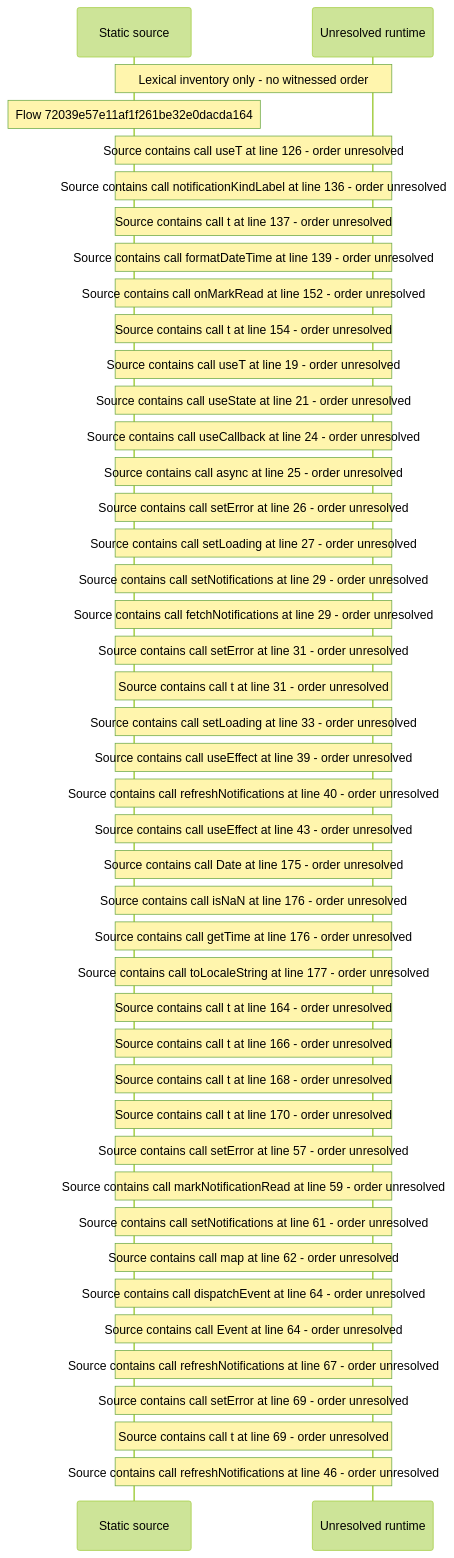
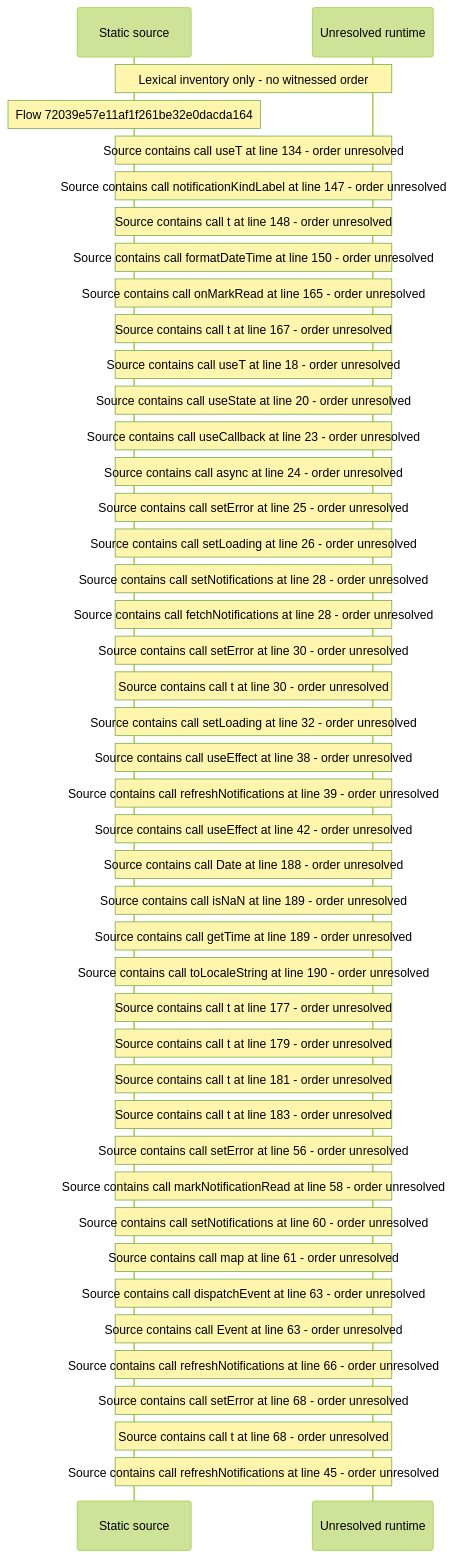
Before and after one commit to beamfall/core: the diagram in docs/web/flows/generated/72039e57e11af1f261be32e0dacda164/flow-diagram.md, drawn with Mermaid (forest theme). The commit also changed other lines of this file and 715 other files, not shown here.

First line of the commit message:
Regenerate the web flow record on main after CORE-1117

````diff
--- a/docs/web/flows/generated/72039e57e11af1f261be32e0dacda164/flow-diagram.md
+++ b/docs/web/flows/generated/72039e57e11af1f261be32e0dacda164/flow-diagram.md
@@ -10,45 +10,45 @@
 ```mermaid
 sequenceDiagram
     participant S as Static source
     participant U as Unresolved runtime
     Note over S,U: Lexical inventory only - no witnessed order
     Note over S: Flow 72039e57e11af1f261be32e0dacda164
-    Note over S,U: Source contains call useT at line 126 - order unresolved
-    Note over S,U: Source contains call notificationKindLabel at line 136 - order unresolved
-    Note over S,U: Source contains call t at line 137 - order unresolved
-    Note over S,U: Source contains call formatDateTime at line 139 - order unresolved
-    Note over S,U: Source contains call onMarkRead at line 152 - order unresolved
-    Note over S,U: Source contains call t at line 154 - order unresolved
-    Note over S,U: Source contains call useT at line 19 - order unresolved
-    Note over S,U: Source contains call useState at line 21 - order unresolved
-    Note over S,U: Source contains call useCallback at line 24 - order unresolved
-    Note over S,U: Source contains call async at line 25 - order unresolved
-    Note over S,U: Source contains call setError at line 26 - order unresolved
-    Note over S,U: Source contains call setLoading at line 27 - order unresolved
-    Note over S,U: Source contains call setNotifications at line 29 - order unresolved
-    Note over S,U: Source contains call fetchNotifications at line 29 - order unresolved
-    Note over S,U: Source contains call setError at line 31 - order unresolved
-    Note over S,U: Source contains call t at line 31 - order unresolved
-    Note over S,U: Source contains call setLoading at line 33 - order unresolved
-    Note over S,U: Source contains call useEffect at line 39 - order unresolved
-    Note over S,U: Source contains call refreshNotifications at line 40 - order unresolved
-    Note over S,U: Source contains call useEffect at line 43 - order unresolved
-    Note over S,U: Source contains call Date at line 175 - order unresolved
-    Note over S,U: Source contains call isNaN at line 176 - order unresolved
-    Note over S,U: Source contains call getTime at line 176 - order unresolved
-    Note over S,U: Source contains call toLocaleString at line 177 - order unresolved
-    Note over S,U: Source contains call t at line 164 - order unresolved
-    Note over S,U: Source contains call t at line 166 - order unresolved
-    Note over S,U: Source contains call t at line 168 - order unresolved
-    Note over S,U: Source contains call t at line 170 - order unresolved
-    Note over S,U: Source contains call setError at line 57 - order unresolved
-    Note over S,U: Source contains call markNotificationRead at line 59 - order unresolved
-    Note over S,U: Source contains call setNotifications at line 61 - order unresolved
-    Note over S,U: Source contains call map at line 62 - order unresolved
-    Note over S,U: Source contains call dispatchEvent at line 64 - order unresolved
-    Note over S,U: Source contains call Event at line 64 - order unresolved
-    Note over S,U: Source contains call refreshNotifications at line 67 - order unresolved
-    Note over S,U: Source contains call setError at line 69 - order unresolved
-    Note over S,U: Source contains call t at line 69 - order unresolved
-    Note over S,U: Source contains call refreshNotifications at line 46 - order unresolved
+    Note over S,U: Source contains call useT at line 134 - order unresolved
+    Note over S,U: Source contains call notificationKindLabel at line 147 - order unresolved
+    Note over S,U: Source contains call t at line 148 - order unresolved
+    Note over S,U: Source contains call formatDateTime at line 150 - order unresolved
+    Note over S,U: Source contains call onMarkRead at line 165 - order unresolved
+    Note over S,U: Source contains call t at line 167 - order unresolved
+    Note over S,U: Source contains call useT at line 18 - order unresolved
+    Note over S,U: Source contains call useState at line 20 - order unresolved
+    Note over S,U: Source contains call useCallback at line 23 - order unresolved
+    Note over S,U: Source contains call async at line 24 - order unresolved
+    Note over S,U: Source contains call setError at line 25 - order unresolved
+    Note over S,U: Source contains call setLoading at line 26 - order unresolved
+    Note over S,U: Source contains call setNotifications at line 28 - order unresolved
+    Note over S,U: Source contains call fetchNotifications at line 28 - order unresolved
+    Note over S,U: Source contains call setError at line 30 - order unresolved
+    Note over S,U: Source contains call t at line 30 - order unresolved
+    Note over S,U: Source contains call setLoading at line 32 - order unresolved
+    Note over S,U: Source contains call useEffect at line 38 - order unresolved
+    Note over S,U: Source contains call refreshNotifications at line 39 - order unresolved
+    Note over S,U: Source contains call useEffect at line 42 - order unresolved
+    Note over S,U: Source contains call Date at line 188 - order unresolved
+    Note over S,U: Source contains call isNaN at line 189 - order unresolved
+    Note over S,U: Source contains call getTime at line 189 - order unresolved
+    Note over S,U: Source contains call toLocaleString at line 190 - order unresolved
+    Note over S,U: Source contains call t at line 177 - order unresolved
+    Note over S,U: Source contains call t at line 179 - order unresolved
+    Note over S,U: Source contains call t at line 181 - order unresolved
+    Note over S,U: Source contains call t at line 183 - order unresolved
+    Note over S,U: Source contains call setError at line 56 - order unresolved
+    Note over S,U: Source contains call markNotificationRead at line 58 - order unresolved
+    Note over S,U: Source contains call setNotifications at line 60 - order unresolved
+    Note over S,U: Source contains call map at line 61 - order unresolved
+    Note over S,U: Source contains call dispatchEvent at line 63 - order unresolved
+    Note over S,U: Source contains call Event at line 63 - order unresolved
+    Note over S,U: Source contains call refreshNotifications at line 66 - order unresolved
+    Note over S,U: Source contains call setError at line 68 - order unresolved
+    Note over S,U: Source contains call t at line 68 - order unresolved
+    Note over S,U: Source contains call refreshNotifications at line 45 - order unresolved
 ```
````
